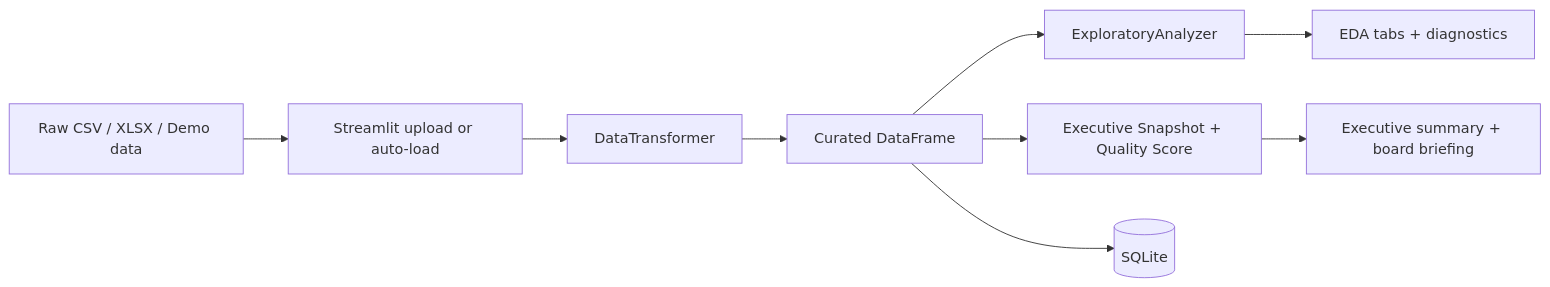
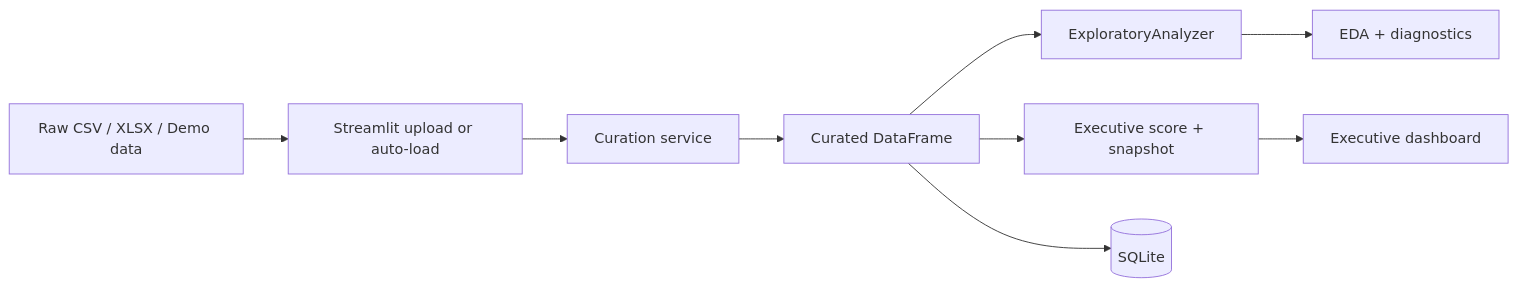
The first of 2 diagrams in docs/ARCHITECTURE.md (samuelmaia-data-analyst/data-senior-analytics), drawn with Mermaid before and after one commit. The commit also changed other lines of this file and 5 other files, not shown here.

````diff
--- a/docs/ARCHITECTURE.md
+++ b/docs/ARCHITECTURE.md
@@ -16,11 +22,11 @@
 ```mermaid
 flowchart LR
     A[Raw CSV / XLSX / Demo data] --> B[Streamlit upload or auto-load]
-    B --> C[DataTransformer]
+    B --> C[Curation service]
     C --> D[Curated DataFrame]
     D --> E[ExploratoryAnalyzer]
-    D --> F[Executive Snapshot + Quality Score]
+    D --> F[Executive score + snapshot]
     D --> G[(SQLite)]
-    E --> H[EDA tabs + diagnostics]
-    F --> I[Executive summary + board briefing]
+    E --> H[EDA + diagnostics]
+    F --> I[Executive dashboard]
 ```
````
